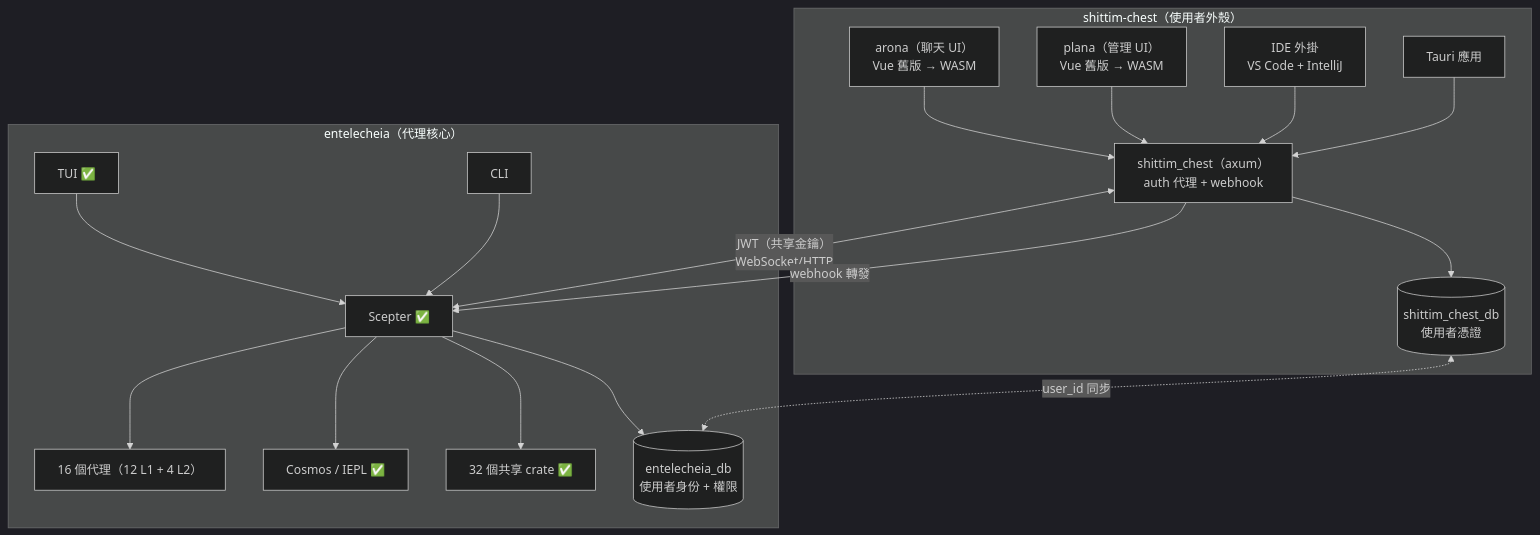
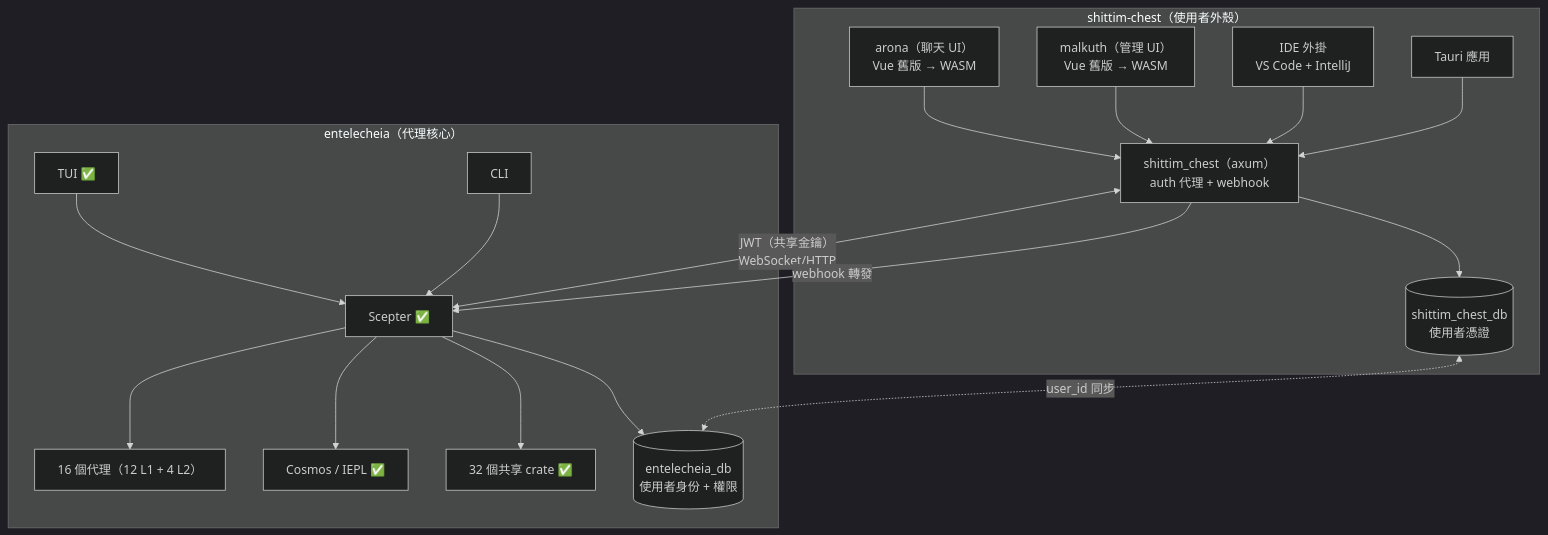
The second of 9 diagrams in docs/zht/designs/core/architecture.md (celestia-island/docs.celestia.world), drawn with Mermaid (dark theme) before and after one commit. The commit also changed other lines of this file and 57 other files, not shown here.

First line of the commit message:
rename: plana -> malkuth across docs

````diff
--- a/docs/zht/designs/core/architecture.md
+++ b/docs/zht/designs/core/architecture.md
@@ -83,36 +83,36 @@
 ```mermaid
 flowchart TB
     subgraph shittim_chest["shittim-chest（使用者外殼）"]
         Arona["arona（聊天 UI）\nVue 舊版 → WASM"]
-        Plana["plana（管理 UI）\nVue 舊版 → WASM"]
+        Malkuth["malkuth（管理 UI）\nVue 舊版 → WASM"]
         SC["shittim_chest（axum）\nauth 代理 + webhook"]
         IDE["IDE 外掛\nVS Code + IntelliJ"]
         Tauri["Tauri 應用"]
         SC_DB[("shittim_chest_db\n使用者憑證")]
         Arona --> SC
-        Plana --> SC
+        Malkuth --> SC
         IDE --> SC
         Tauri --> SC
         SC --> SC_DB
     end
 
     subgraph entelecheia["entelecheia（代理核心）"]
         TUI["TUI ✅"]
         CLI["CLI"]
         Scepter["Scepter ✅"]
         Agents["16 個代理（12 L1 + 4 L2）"]
         Cosmos["Cosmos / IEPL ✅"]
         Shared["32 個共享 crate ✅"]
         ENT_DB[("entelecheia_db\n使用者身份 + 權限")]
         TUI --> Scepter
         CLI --> Scepter
         Scepter --> Agents
         Scepter --> Cosmos
         Scepter --> Shared
         Scepter --> ENT_DB
     end
 
     SC <-->|"JWT（共享金鑰）\nWebSocket/HTTP"| Scepter
     SC -->|"webhook 轉發"| Scepter
     SC_DB <-.->|"user_id 同步"| ENT_DB
 ```
````
